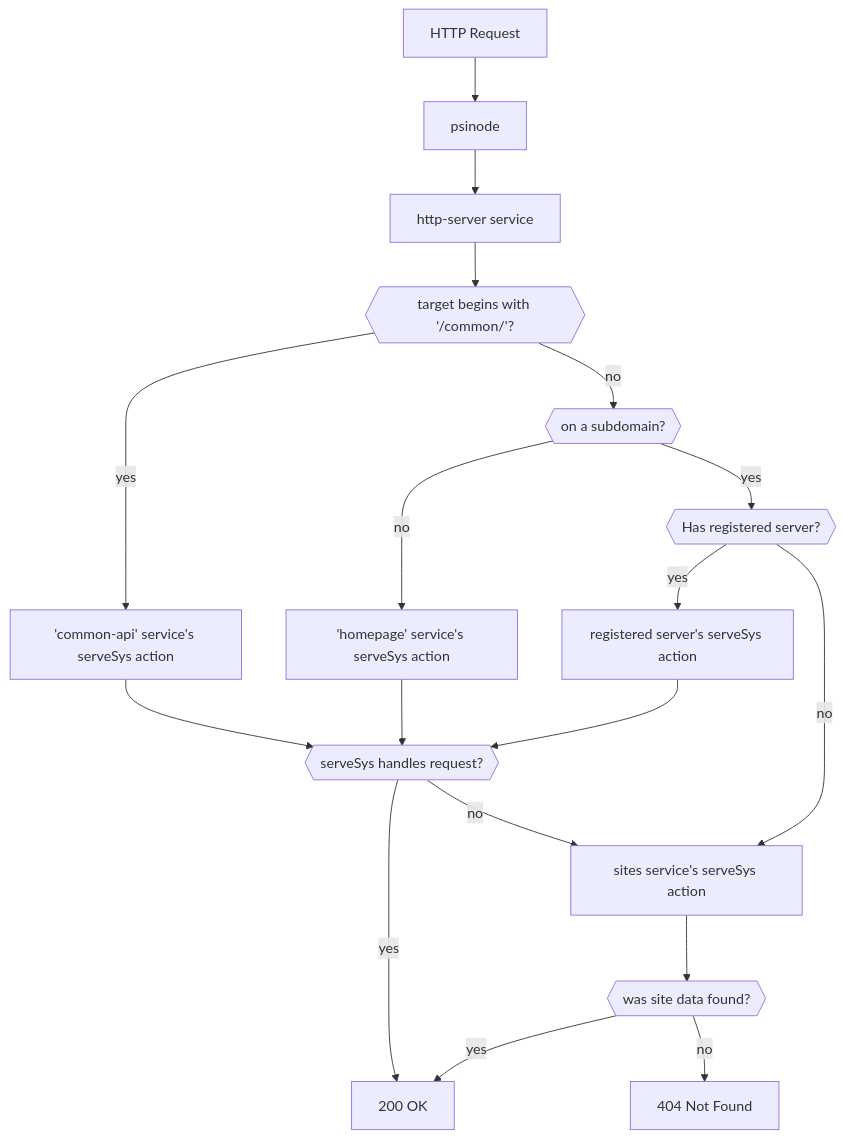
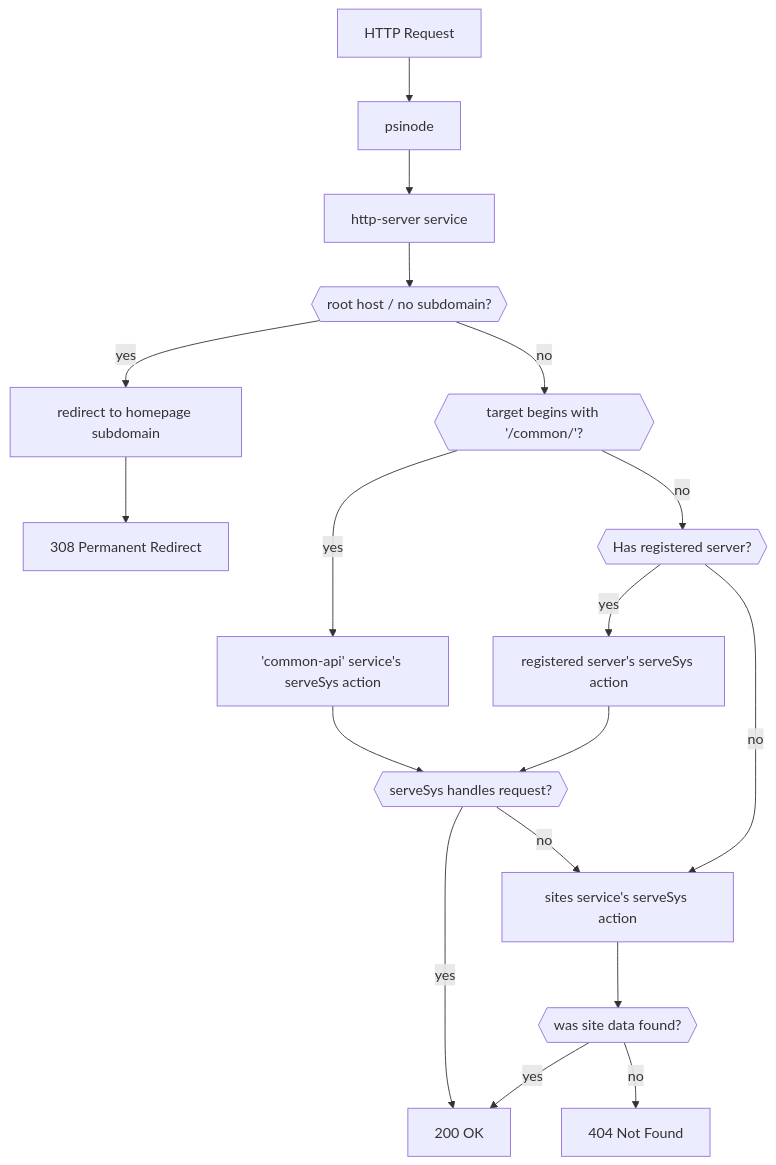
Before and after one commit to gofractally/psibase: the diagram in doc/src/development/services/cpp-service/reference/web-services.md, drawn with Mermaid. The commit also changed other lines of this file and 1 other file, not shown here.

Commit message:
update associated docs

````diff
--- a/doc/src/development/services/cpp-service/reference/web-services.md
+++ b/doc/src/development/services/cpp-service/reference/web-services.md
@@ -5,23 +5,25 @@
 ```mermaid
 flowchart TD
    200[200 OK]
    404[404 Not Found]
+   308[308 Permanent Redirect]
 
    A[HTTP Request]
    B[psinode]
    C[http-server service]
    sites[sites service's serveSys action]
    serveSys{{serveSys handles request?}}
 
    A --> B --> C
    sites --> E{{was site data found?}} -->|yes| 200
    E -->|no| 404
-   C --> G{{target begins with '/common/'?}}
+   C --> R{{root host / no subdomain?}}
+   R -->|yes| homeRedir[redirect to homepage subdomain] --> 308
+   R -->|no| G{{target begins with '/common/'?}}
    G -->|yes| common['common-api' service's serveSys action] --> serveSys
-   G -->|no| I{{on a subdomain?}} -->|no| home['homepage' service's serveSys action] --> serveSys
-   I -->|yes| J{{Has registered server?}}
+   G -->|no| J{{Has registered server?}}
    J -->|yes| L[registered server's serveSys action] --> serveSys
    J -->|no| sites
    serveSys -->|yes| 200
    serveSys -->|no| sites
 ```
````
